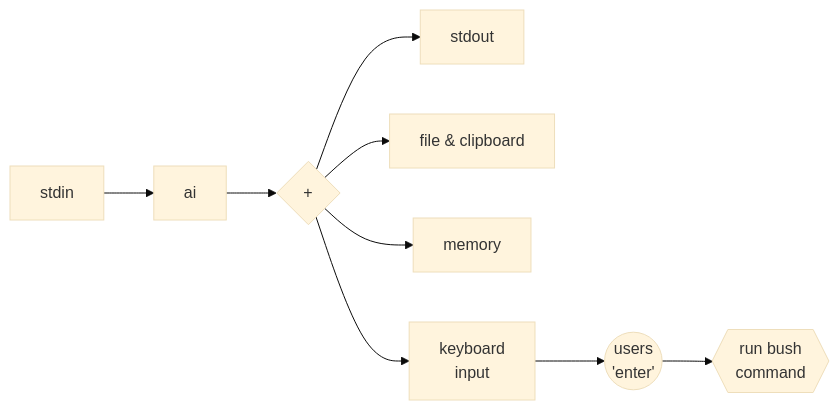
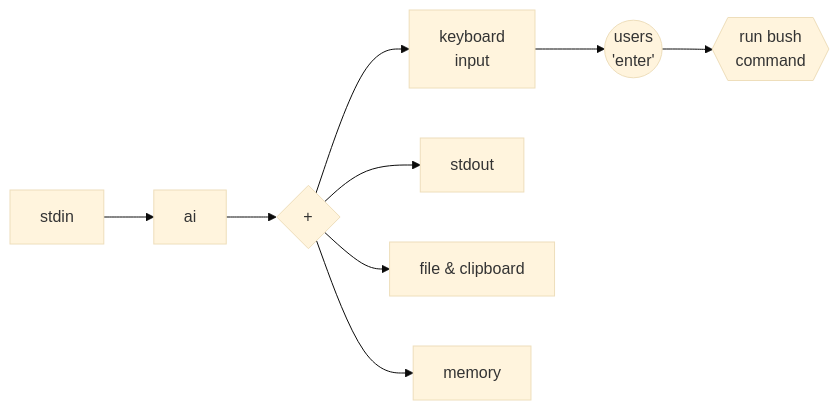
One commit to johnthesmith/ai-cli changed the first of 2 diagrams in README.md. Above: the diagram before and after it, drawn with Mermaid (base theme).

````diff
--- a/README.md
+++ b/README.md
@@ -28,14 +28,15 @@
 ```mermaid
 flowchart LR    
     gate{+}
     
+    keyboard[ keyboard \n input ]
     stdout
     buffer[file & clipboard] 
     memory
-    keyboard[ keyboard \n input ]
     bash{{ run bush \n command}}
+
 
     user((users \n 'enter'))
     keyboard --> user --> bash
-    stdin --> ai --> gate--> stdout & memory & keyboard & buffer
+    stdin --> ai --> gate--> keyboard & stdout & memory & buffer
 ```
````
